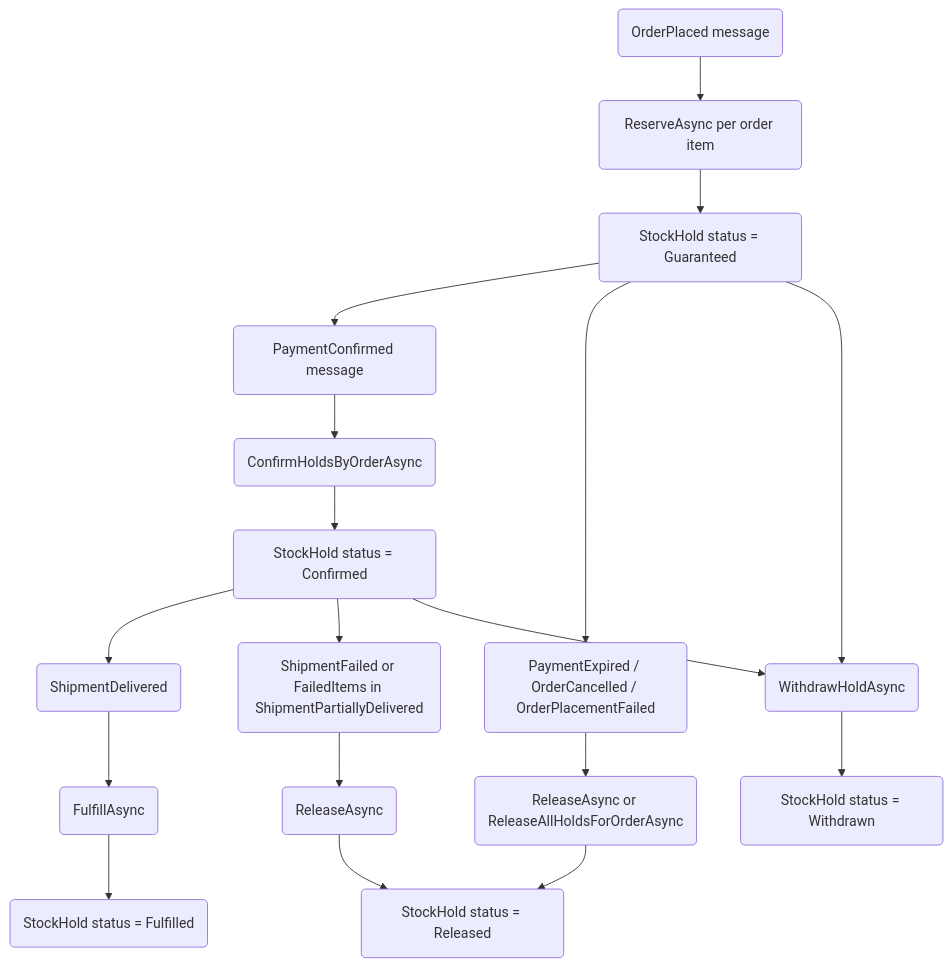
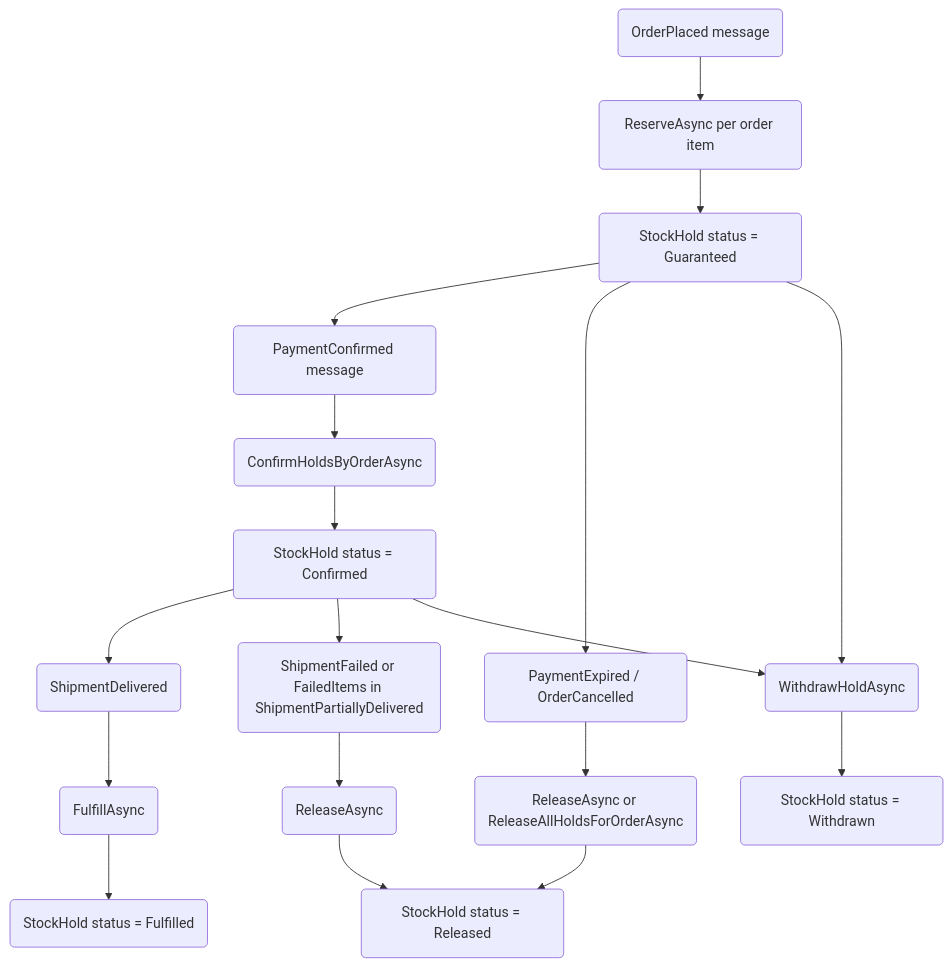
One commit to kwojtasinski-repo/ECommerceApp changed the diagram in assets/diagrams/flows/inventory-reservation-release.md. Above: the diagram before and after it, drawn with Mermaid. The commit also changed 34 other files, not shown here.

First line of the commit message:
refactor: remove unreachable legacy order placement path (ADR-0026 superseded)

````diff
--- a/assets/diagrams/flows/inventory-reservation-release.md
+++ b/assets/diagrams/flows/inventory-reservation-release.md
@@ -5,25 +5,25 @@
 ```mermaid
 graph TD
     A(OrderPlaced message) --> B(ReserveAsync per order item)
     B --> C(StockHold status = Guaranteed)
 
     C --> D(PaymentConfirmed message)
     D --> E(ConfirmHoldsByOrderAsync)
     E --> F(StockHold status = Confirmed)
 
-    C --> G(PaymentExpired / OrderCancelled / OrderPlacementFailed)
+    C --> G(PaymentExpired / OrderCancelled)
     G --> H(ReleaseAsync or ReleaseAllHoldsForOrderAsync)
     H --> I(StockHold status = Released)
 
     F --> J(ShipmentDelivered)
     J --> K(FulfillAsync)
     K --> L(StockHold status = Fulfilled)
 
     F --> M(ShipmentFailed or FailedItems in ShipmentPartiallyDelivered)
     M --> N(ReleaseAsync)
     N --> I
 
     C --> O(WithdrawHoldAsync)
     F --> O
     O --> P(StockHold status = Withdrawn)
 ```
````
